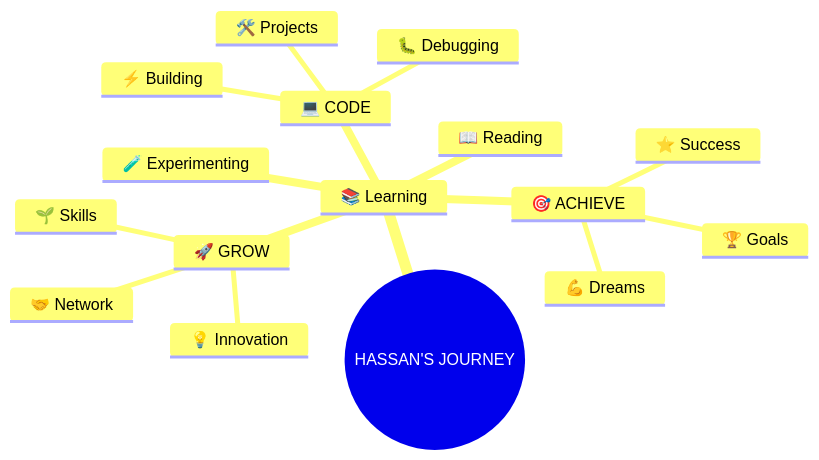
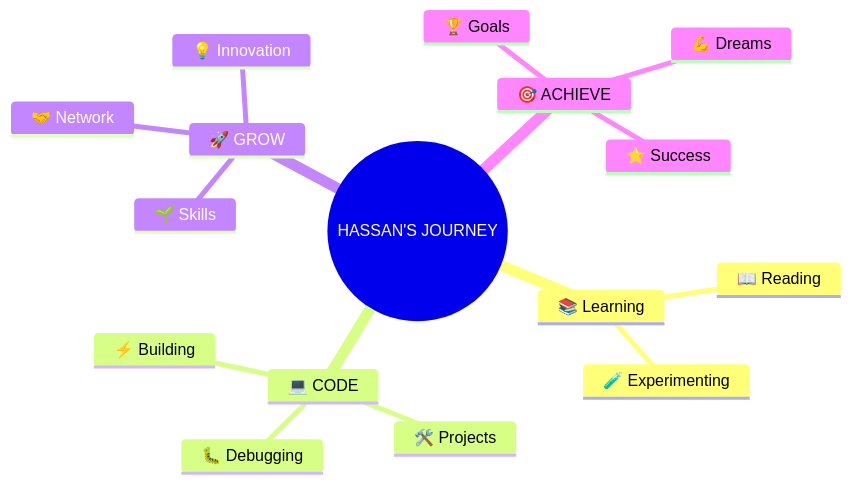
One commit to sychoxhassan/sychoxhassan changed the diagram in README.md. Above: the diagram before and after it, drawn with Mermaid. The commit also changed other lines of this file, not shown here.

````diff
--- a/README.md
+++ b/README.md
@@ -83,19 +81,19 @@
 ```mermaid
 mindmap
   root((HASSAN'S JOURNEY))
-   📚 Learning
+    📚 Learning
       📖 Reading
       🧪 Experimenting
     💻 CODE
       🛠️ Projects
       🐛 Debugging
       ⚡ Building
     🚀 GROW
       🌱 Skills
       🤝 Network
       💡 Innovation
     🎯 ACHIEVE
       🏆 Goals
       💪 Dreams
       ⭐ Success
 ```
````
